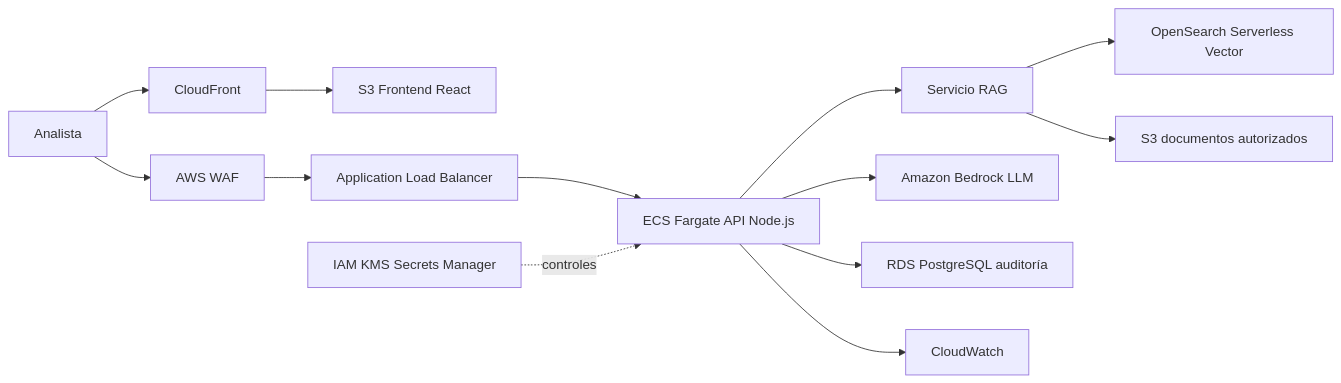
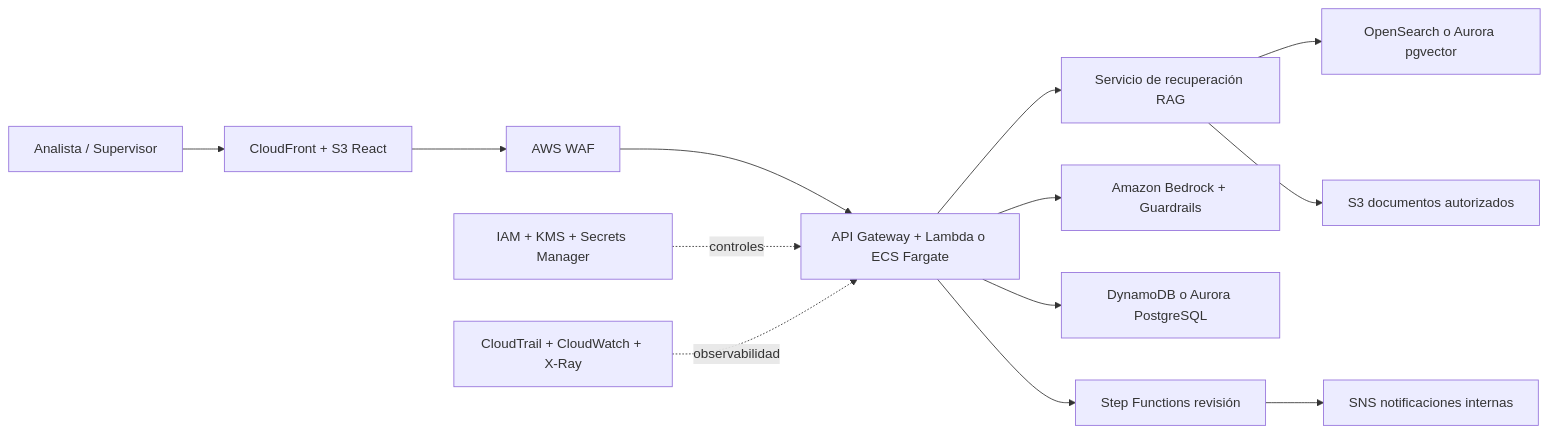
The third of 3 diagrams in docs/03-diagramas.md (jmlpspec/FarmaNova-Hito1-A08), drawn with Mermaid before and after one commit. The commit also changed other lines of this file and 2 other files, not shown here.

````diff
--- a/docs/03-diagramas.md
+++ b/docs/03-diagramas.md
@@ -40,15 +105,15 @@
 ```mermaid
 flowchart LR
-U[Analista]-->CF[CloudFront]
-CF-->S3[S3 Frontend React]
-U-->WAF[AWS WAF]
-WAF-->ALB[Application Load Balancer]
-ALB-->ECS[ECS Fargate API Node.js]
-ECS-->RAG[Servicio RAG]
-RAG-->OS[OpenSearch Serverless Vector]
-RAG-->DOC[S3 documentos autorizados]
-ECS-->BR[Amazon Bedrock LLM]
-ECS-->DB[RDS PostgreSQL auditoría]
-ECS-->CW[CloudWatch]
-IAM[IAM KMS Secrets Manager]-. controles .->ECS
+  U[Analista / Supervisor] --> CF[CloudFront + S3 React]
+  CF --> WAF[AWS WAF]
+  WAF --> API[API Gateway + Lambda o ECS Fargate]
+  API --> RAG[Servicio de recuperación RAG]
+  RAG --> OS[OpenSearch o Aurora pgvector]
+  RAG --> DOC[S3 documentos autorizados]
+  API --> LLM[Amazon Bedrock + Guardrails]
+  API --> DB[DynamoDB o Aurora PostgreSQL]
+  API --> WF[Step Functions revisión]
+  WF --> SNS[SNS notificaciones internas]
+  SEC[IAM + KMS + Secrets Manager] -. controles .-> API
+  OBS[CloudTrail + CloudWatch + X-Ray] -. observabilidad .-> API
 ```
````
